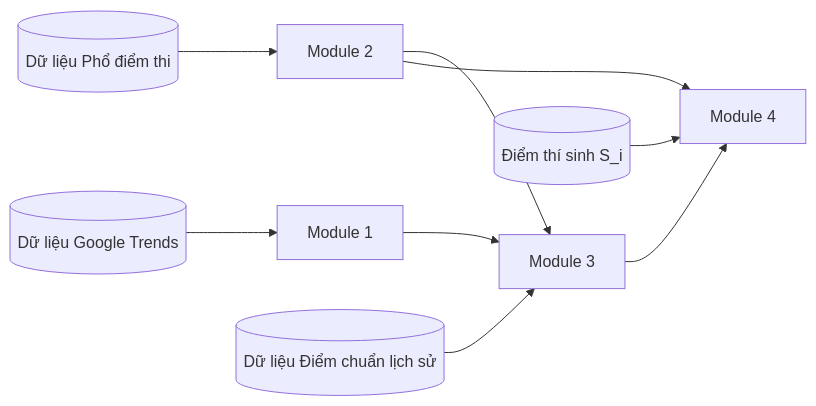
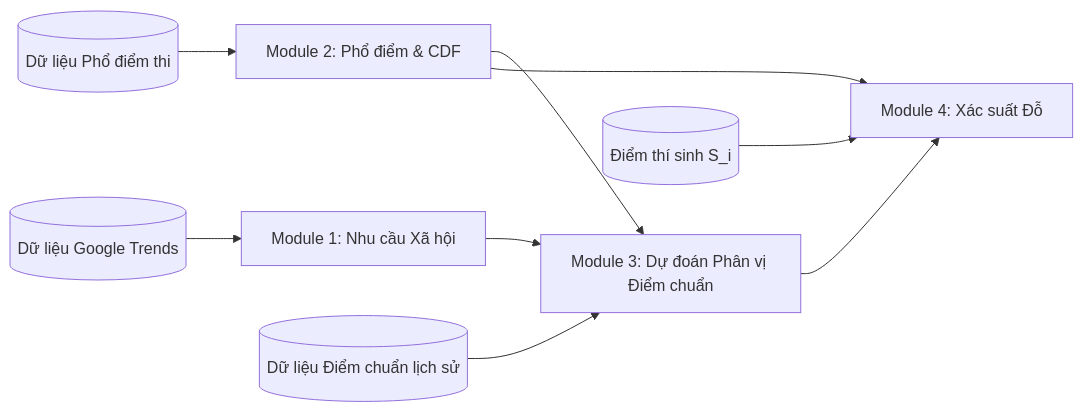
The first of 2 diagrams in docs/problem-specification.md (MinhQuan805/IS405.R11-Big-Data), drawn with Mermaid before and after one commit. The commit also changed other lines of this file and 12 other files, not shown here.

Commit message:
Update feature analysis and module 3 model training flow

````diff
--- a/docs/problem-specification.md
+++ b/docs/problem-specification.md
@@ -41,13 +57,13 @@
 ```mermaid
 graph LR
 
-A[(Dữ liệu Google Trends)] --> M1[Module 1]
-B[(Dữ liệu Phổ điểm thi)] --> M2[Module 2]
-C[(Dữ liệu Điểm chuẩn lịch sử)] --> M3[Module 3]
-D[(Điểm thí sinh S_i)] --> M4[Module 4]
+A[(Dữ liệu Google Trends)] --> M1[Module 1: Nhu cầu Xã hội]
+B[(Dữ liệu Phổ điểm thi)] --> M2[Module 2: Phổ điểm & CDF]
+C[(Dữ liệu Điểm chuẩn lịch sử)] --> M3[Module 3: Dự đoán Phân vị Điểm chuẩn]
+D[(Điểm thí sinh S_i)] --> M4[Module 4: Xác suất Đỗ]
 
 M1 --> M3
 M2 --> M3
 M2 --> M4
 M3 --> M4
 ```
````
